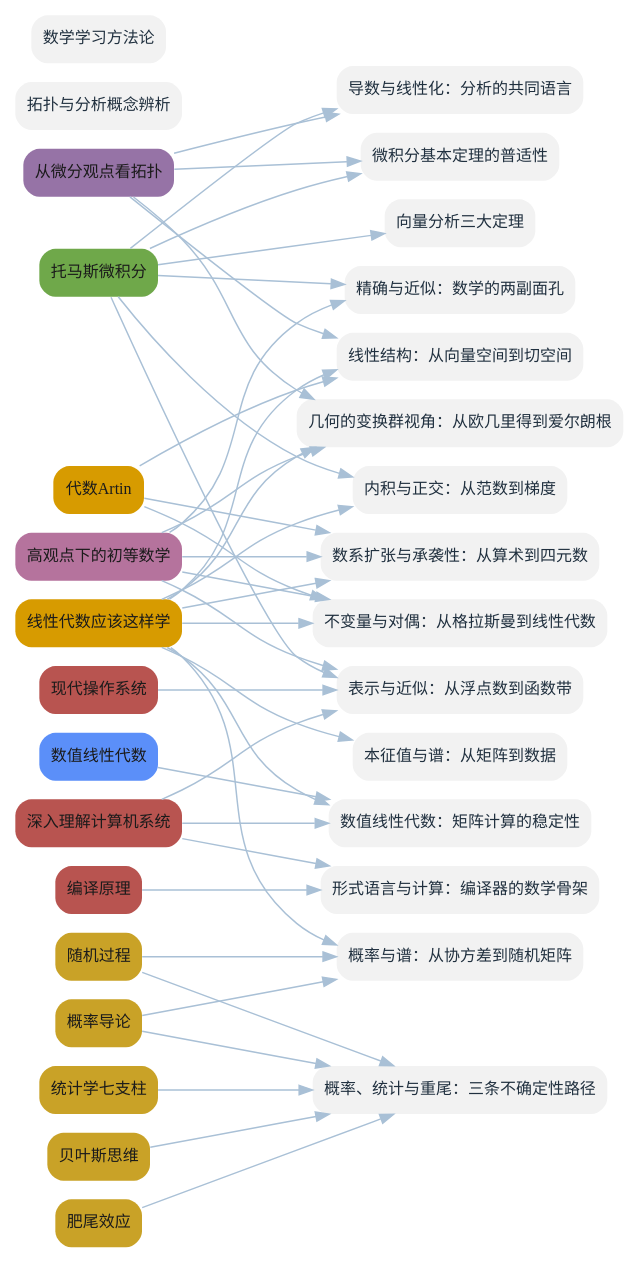
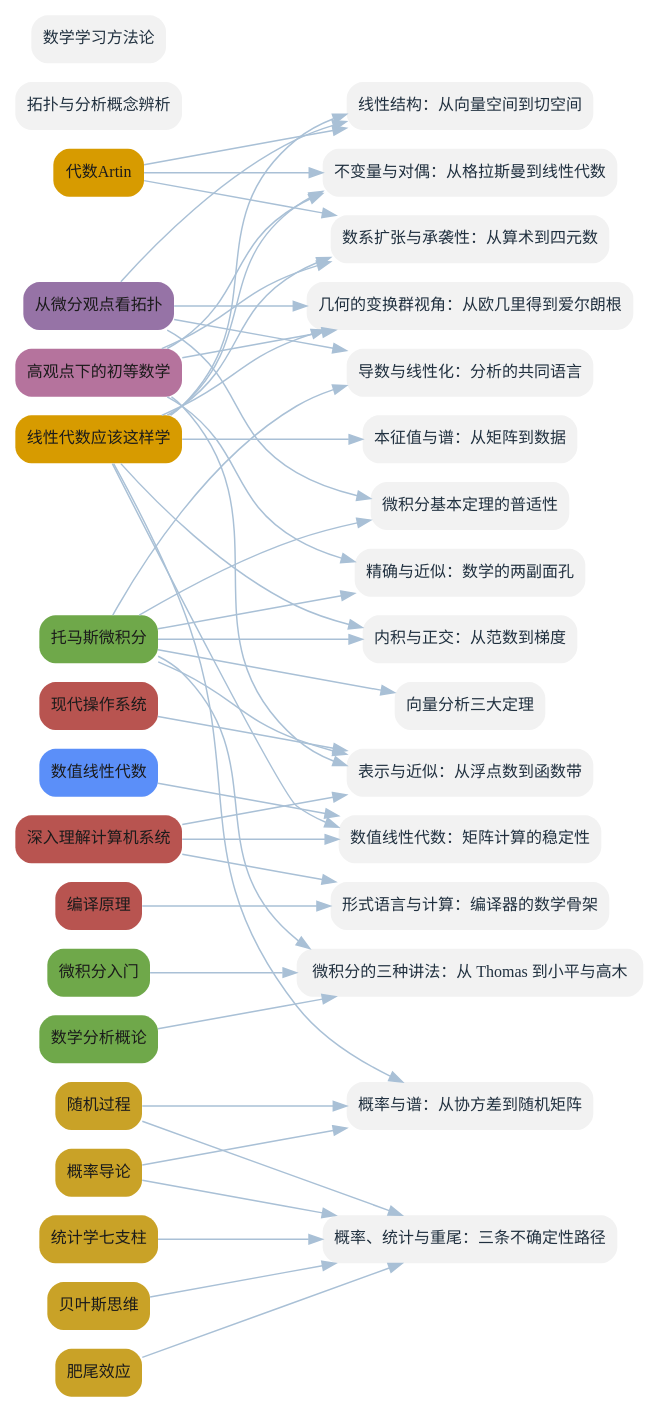
Before and after one commit to lyp0746/lyp-notes: the diagram in book/figures/fig-bridges.dot, drawn with Graphviz. The commit also changed 30 other files, not shown here.

Commit message:
新增小平邦彦《微积分入门》与高木贞治《数学分析概论》：3 概念(一致收敛/隐函数定理/微分形式)+4 实体+2 导读+跨书桥接；重建插图(16 书/172 概念)与 PDF(87 页)

```diff
--- a/book/figures/fig-bridges.dot
+++ b/book/figures/fig-bridges.dot
@@ -1,75 +1,81 @@
 digraph G {
   graph [bgcolor="white", rankdir=LR, nodesep=0.2, ranksep=1.2];
   node [shape=box, style="rounded,filled", penwidth=0, fontname="Microsoft YaHei", fontsize=12];
   edge [color="#A9C0D6", penwidth=1.1];
   B_AT [label="代数Artin", fillcolor="#D79B00", fontcolor="#1B1B1B"];
   B_LA [label="线性代数应该这样学", fillcolor="#D79B00", fontcolor="#1B1B1B"];
   B_CA [label="托马斯微积分", fillcolor="#6FA84A", fontcolor="#1B1B1B"];
+  B_CM [label="微积分入门", fillcolor="#6FA84A", fontcolor="#1B1B1B"];
+  B_MA [label="数学分析概论", fillcolor="#6FA84A", fontcolor="#1B1B1B"];
   B_DT [label="从微分观点看拓扑", fillcolor="#9673A6", fontcolor="#1B1B1B"];
   B_KG [label="高观点下的初等数学", fillcolor="#B5739D", fontcolor="#1B1B1B"];
   B_PD [label="概率导论", fillcolor="#C9A227", fontcolor="#1B1B1B"];
   B_SP [label="随机过程", fillcolor="#C9A227", fontcolor="#1B1B1B"];
   B_SS [label="统计学七支柱", fillcolor="#C9A227", fontcolor="#1B1B1B"];
   B_BT [label="贝叶斯思维", fillcolor="#C9A227", fontcolor="#1B1B1B"];
   B_FT [label="肥尾效应", fillcolor="#C9A227", fontcolor="#1B1B1B"];
   B_CSAPP [label="深入理解计算机系统", fillcolor="#B85450", fontcolor="#1B1B1B"];
   B_MOS [label="现代操作系统", fillcolor="#B85450", fontcolor="#1B1B1B"];
   B_CP [label="编译原理", fillcolor="#B85450", fontcolor="#1B1B1B"];
   B_NLA [label="数值线性代数", fillcolor="#5B8FF9", fontcolor="#1B1B1B"];
   T_0 [label="导数与线性化：分析的共同语言", fillcolor="#F2F2F2", fontcolor="#20303F"];
   T_1 [label="线性结构：从向量空间到切空间", fillcolor="#F2F2F2", fontcolor="#20303F"];
   T_2 [label="内积与正交：从范数到梯度", fillcolor="#F2F2F2", fontcolor="#20303F"];
   T_3 [label="本征值与谱：从矩阵到数据", fillcolor="#F2F2F2", fontcolor="#20303F"];
   T_4 [label="微积分基本定理的普适性", fillcolor="#F2F2F2", fontcolor="#20303F"];
   T_5 [label="向量分析三大定理", fillcolor="#F2F2F2", fontcolor="#20303F"];
   T_6 [label="拓扑与分析概念辨析", fillcolor="#F2F2F2", fontcolor="#20303F"];
   T_7 [label="数学学习方法论", fillcolor="#F2F2F2", fontcolor="#20303F"];
   T_8 [label="不变量与对偶：从格拉斯曼到线性代数", fillcolor="#F2F2F2", fontcolor="#20303F"];
   T_9 [label="数系扩张与承袭性：从算术到四元数", fillcolor="#F2F2F2", fontcolor="#20303F"];
   T_10 [label="精确与近似：数学的两副面孔", fillcolor="#F2F2F2", fontcolor="#20303F"];
   T_11 [label="几何的变换群视角：从欧几里得到爱尔朗根", fillcolor="#F2F2F2", fontcolor="#20303F"];
   T_12 [label="概率与谱：从协方差到随机矩阵", fillcolor="#F2F2F2", fontcolor="#20303F"];
   T_13 [label="表示与近似：从浮点数到函数带", fillcolor="#F2F2F2", fontcolor="#20303F"];
   T_14 [label="概率、统计与重尾：三条不确定性路径", fillcolor="#F2F2F2", fontcolor="#20303F"];
   T_15 [label="形式语言与计算：编译器的数学骨架", fillcolor="#F2F2F2", fontcolor="#20303F"];
   T_16 [label="数值线性代数：矩阵计算的稳定性", fillcolor="#F2F2F2", fontcolor="#20303F"];
+  T_17 [label="微积分的三种讲法：从 Thomas 到小平与高木", fillcolor="#F2F2F2", fontcolor="#20303F"];
   B_CA -> T_0;
   B_DT -> T_0;
   B_LA -> T_1;
   B_DT -> T_1;
   B_AT -> T_1;
   B_LA -> T_2;
   B_CA -> T_2;
   B_LA -> T_3;
   B_CA -> T_4;
   B_DT -> T_4;
   B_CA -> T_5;
   B_KG -> T_8;
   B_LA -> T_8;
   B_AT -> T_8;
   B_KG -> T_9;
   B_LA -> T_9;
   B_AT -> T_9;
   B_KG -> T_10;
   B_CA -> T_10;
   B_KG -> T_11;
   B_DT -> T_11;
   B_LA -> T_11;
   B_PD -> T_12;
   B_SP -> T_12;
   B_LA -> T_12;
   B_CSAPP -> T_13;
   B_MOS -> T_13;
   B_KG -> T_13;
   B_CA -> T_13;
   B_PD -> T_14;
   B_SP -> T_14;
   B_SS -> T_14;
   B_BT -> T_14;
   B_FT -> T_14;
   B_CP -> T_15;
   B_CSAPP -> T_15;
   B_NLA -> T_16;
   B_LA -> T_16;
   B_CSAPP -> T_16;
+  B_CA -> T_17;
+  B_CM -> T_17;
+  B_MA -> T_17;
 }
```
